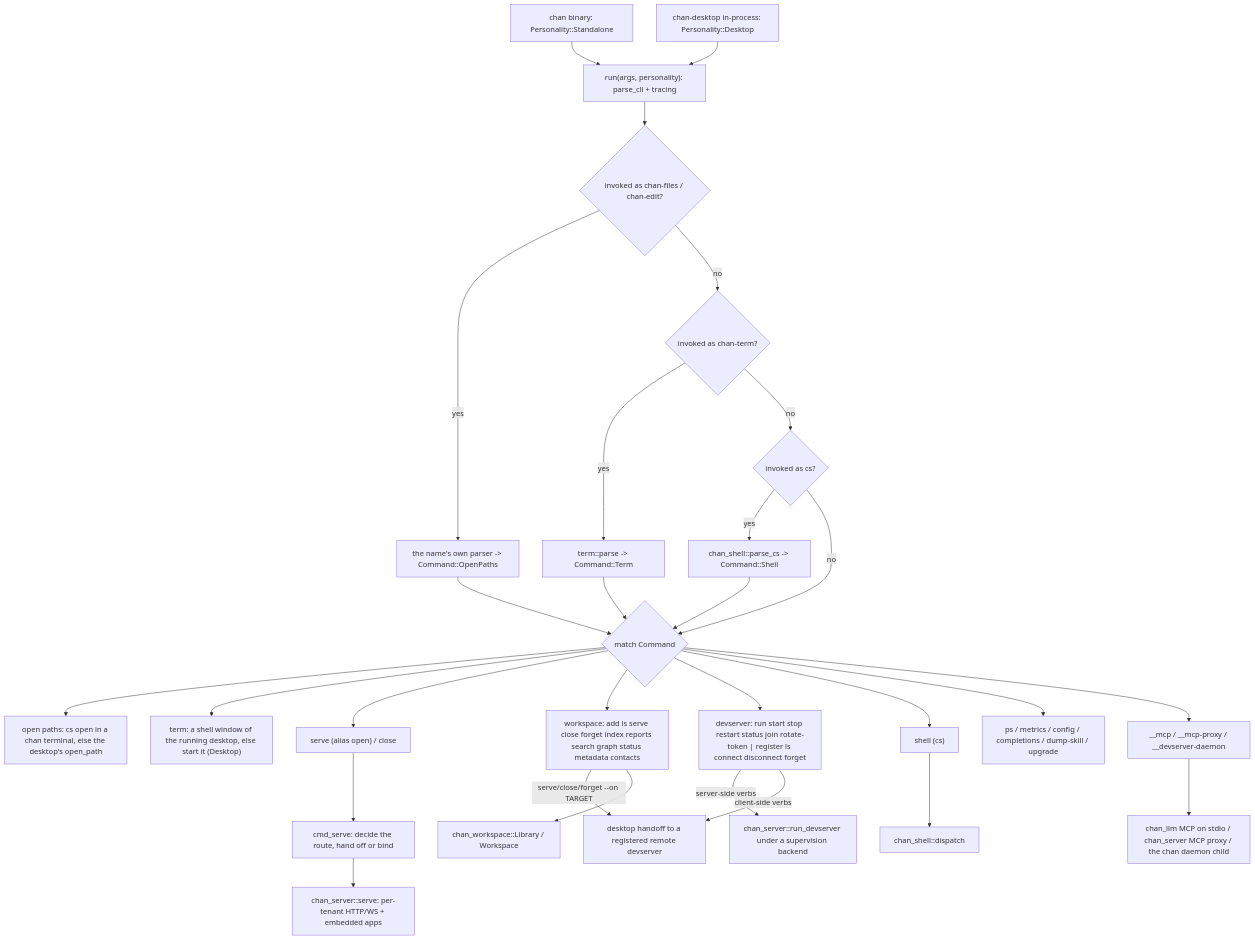
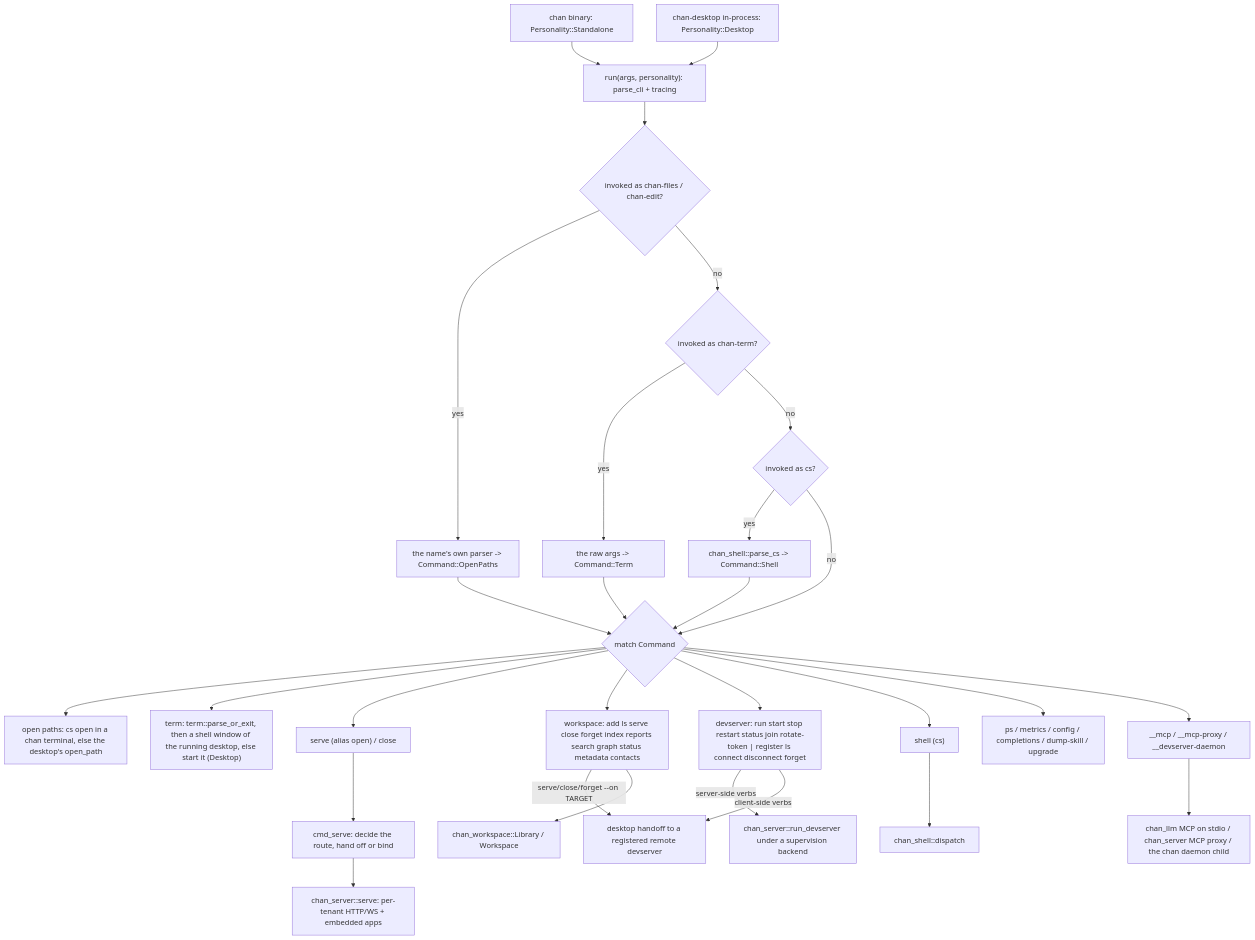
The first of 3 diagrams in crates/chan/design.md (fiorix/chan), drawn with Mermaid before and after one commit. The commit also changed other lines of this file and 2 other files, not shown here.

Commit message:
docs: correct the chan-term parse, the OpenTerminal senders and two notes
crates/chan/design.md said term::parse produces Command::Term;
parse_cli keeps the raw arguments there and term::parse_or_exit reads
them when the command runs. chan-server's design listed Activate and
OpenPath as what a second desktop launch sends and left out the
OpenTerminal it sends through try_open_terminal_at for a chan-term's
terminal, beside chan-term's own through try_open_terminal. In the
row's release notes, Omarchy's Super+Return sends --dir=<cwd> rather
than a bare chan-term, and on Windows, which has no chan-term,
chan-desktop.exe -e now exits 2 and opens nothing.

````diff
--- a/crates/chan/design.md
+++ b/crates/chan/design.md
@@ -28,31 +28,31 @@
 ```mermaid
 flowchart TB
   Standalone["chan binary: Personality::Standalone"] --> Run
   Desktop["chan-desktop in-process: Personality::Desktop"] --> Run
   Run["run(args, personality): parse_cli + tracing"] --> Opener{"invoked as chan-files / chan-edit?"}
   Opener -->|"yes"| Open["the name's own parser -> Command::OpenPaths"]
   Opener -->|"no"| Term{"invoked as chan-term?"}
-  Term -->|"yes"| TermParse["term::parse -> Command::Term"]
+  Term -->|"yes"| TermParse["the raw args -> Command::Term"]
   Term -->|"no"| Alias{"invoked as cs?"}
   Alias -->|"yes"| Cs["chan_shell::parse_cs -> Command::Shell"]
   Alias -->|"no"| Dispatch{"match Command"}
   Cs --> Dispatch
   Open --> Dispatch
   TermParse --> Dispatch
   Dispatch --> OpenCmd["open paths: cs open in a chan terminal, else the desktop's open_path"]
-  Dispatch --> TermCmd["term: a shell window of the running desktop, else start it (Desktop)"]
+  Dispatch --> TermCmd["term: term::parse_or_exit, then a shell window of the running desktop, else start it (Desktop)"]
   Dispatch --> ServeCmd["serve (alias open) / close"]
   Dispatch --> Ws["workspace: add ls serve close forget index reports search graph status metadata contacts"]
   Dispatch --> Dev["devserver: run start stop restart status join rotate-token | register ls connect disconnect forget"]
   Dispatch --> Sh["shell (cs)"]
   Dispatch --> Other["ps / metrics / config / completions / dump-skill / upgrade"]
   Dispatch --> Hidden["__mcp / __mcp-proxy / __devserver-daemon"]
   ServeCmd --> Serve["cmd_serve: decide the route, hand off or bind"]
   Ws -->|"serve/close/forget --on TARGET"| Remote["desktop handoff to a registered remote devserver"]
   Serve --> CS["chan_server::serve: per-tenant HTTP/WS + embedded apps"]
   Dev -->|"server-side verbs"| RunDev["chan_server::run_devserver under a supervision backend"]
   Dev -->|"client-side verbs"| Remote
   Ws --> Lib["chan_workspace::Library / Workspace"]
   Sh --> ShDisp["chan_shell::dispatch"]
   Hidden --> Llm["chan_llm MCP on stdio / chan_server MCP proxy / the chan daemon child"]
 ```
````
